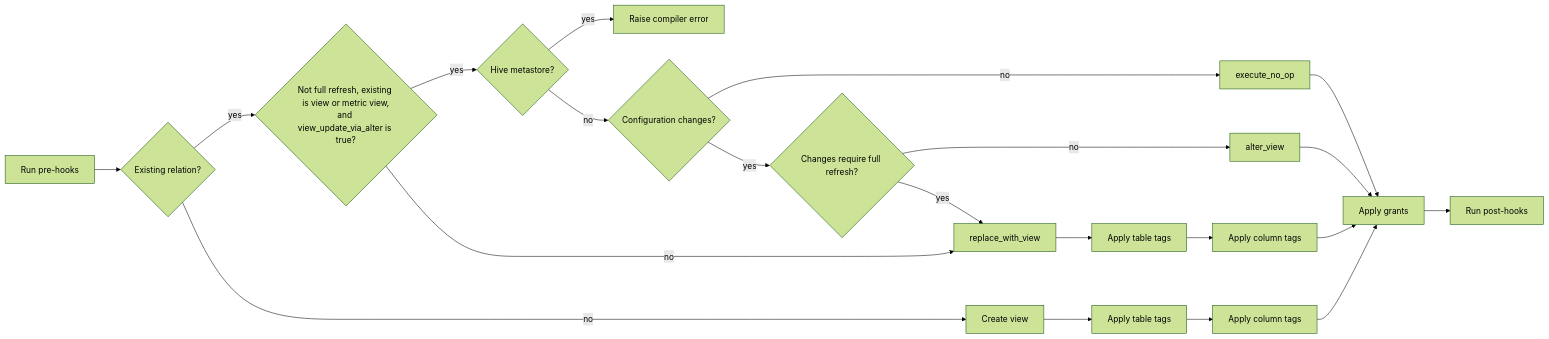
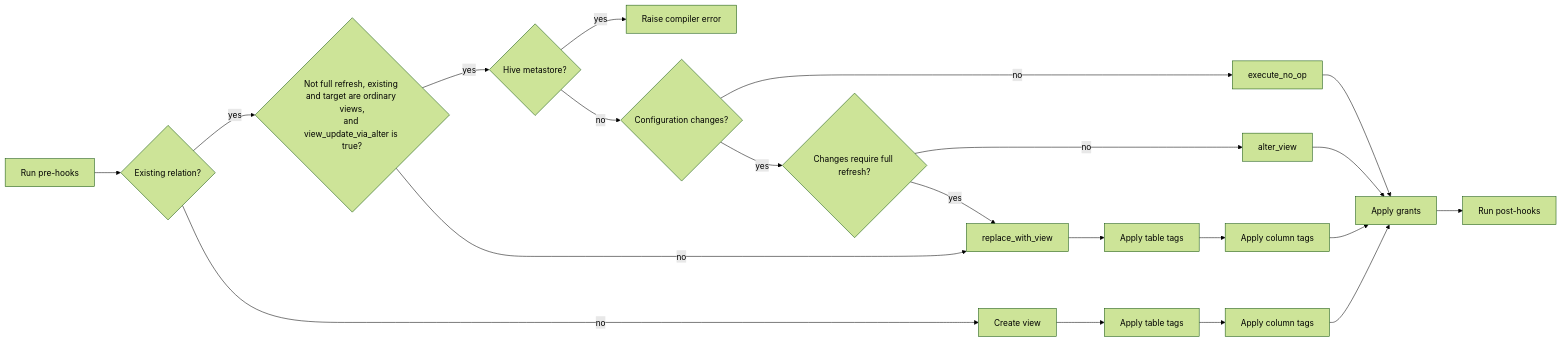
One commit to databricks/dbt-databricks changed the second of 2 diagrams in docs/flow/view_flow.md. Above: the diagram before and after it, drawn with Mermaid (forest theme). The commit also changed other lines of this file and 5 other files, not shown here.

First line of the commit message:
Use view ALTER only for matching relation types (#1687)

````diff
--- a/docs/flow/view_flow.md
+++ b/docs/flow/view_flow.md
@@ -29,25 +29,25 @@
 ```mermaid
 flowchart LR
     PRE[Run pre-hooks] --> EXIST{Existing relation?}
     EXIST -- no --> CREATE[Create view]
     CREATE --> NEWTAGS[Apply table tags]
     NEWTAGS --> NEWCOLTAGS[Apply column tags]
     NEWCOLTAGS --> GRANTS[Apply grants]
 
-    EXIST -- yes --> ALTERABLE{"Not full refresh, existing is view or metric view,\nand view_update_via_alter is true?"}
+    EXIST -- yes --> ALTERABLE{"Not full refresh, existing and target are ordinary views,\nand view_update_via_alter is true?"}
     ALTERABLE -- no --> REPLACE[replace_with_view]
     ALTERABLE -- yes --> HMS{Hive metastore?}
     HMS -- yes --> ERROR[Raise compiler error]
     HMS -- no --> CHANGES{Configuration changes?}
     CHANGES -- no --> NOOP[execute_no_op]
     CHANGES -- yes --> REFRESH{Changes require full refresh?}
     REFRESH -- yes --> REPLACE
     REFRESH -- no --> ALTER[alter_view]
 
     REPLACE --> TAGS[Apply table tags]
     TAGS --> COLTAGS[Apply column tags]
     COLTAGS --> GRANTS
     ALTER --> GRANTS
     NOOP --> GRANTS
     GRANTS --> POST[Run post-hooks]
 ```
````
